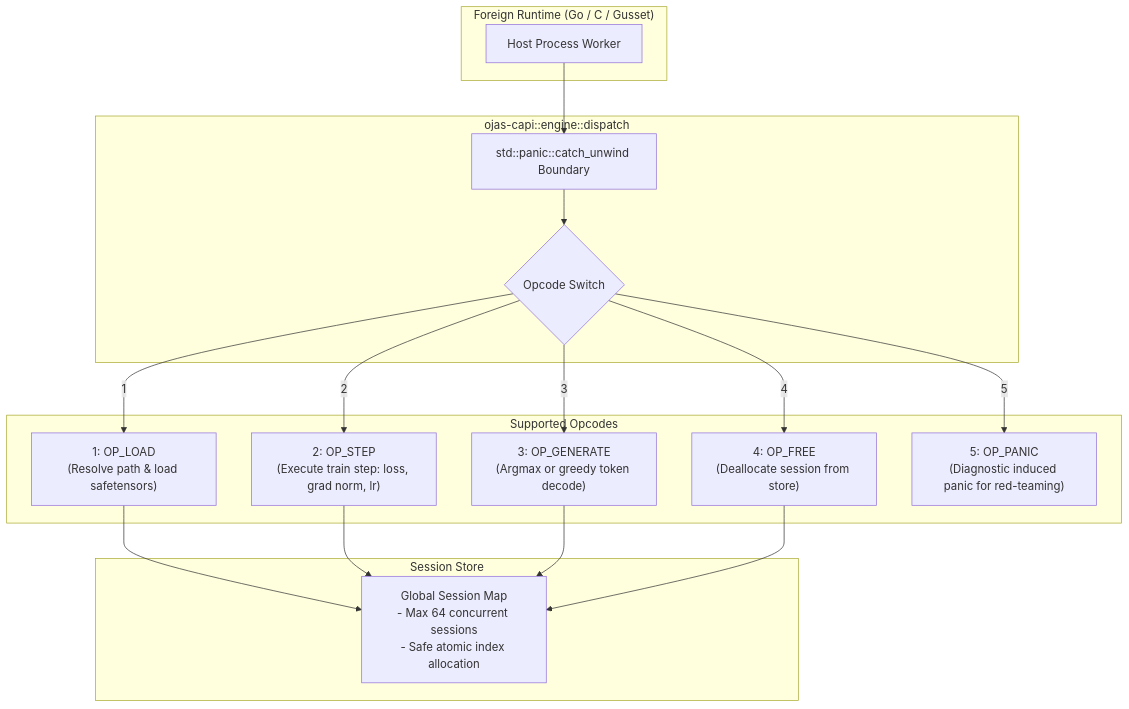
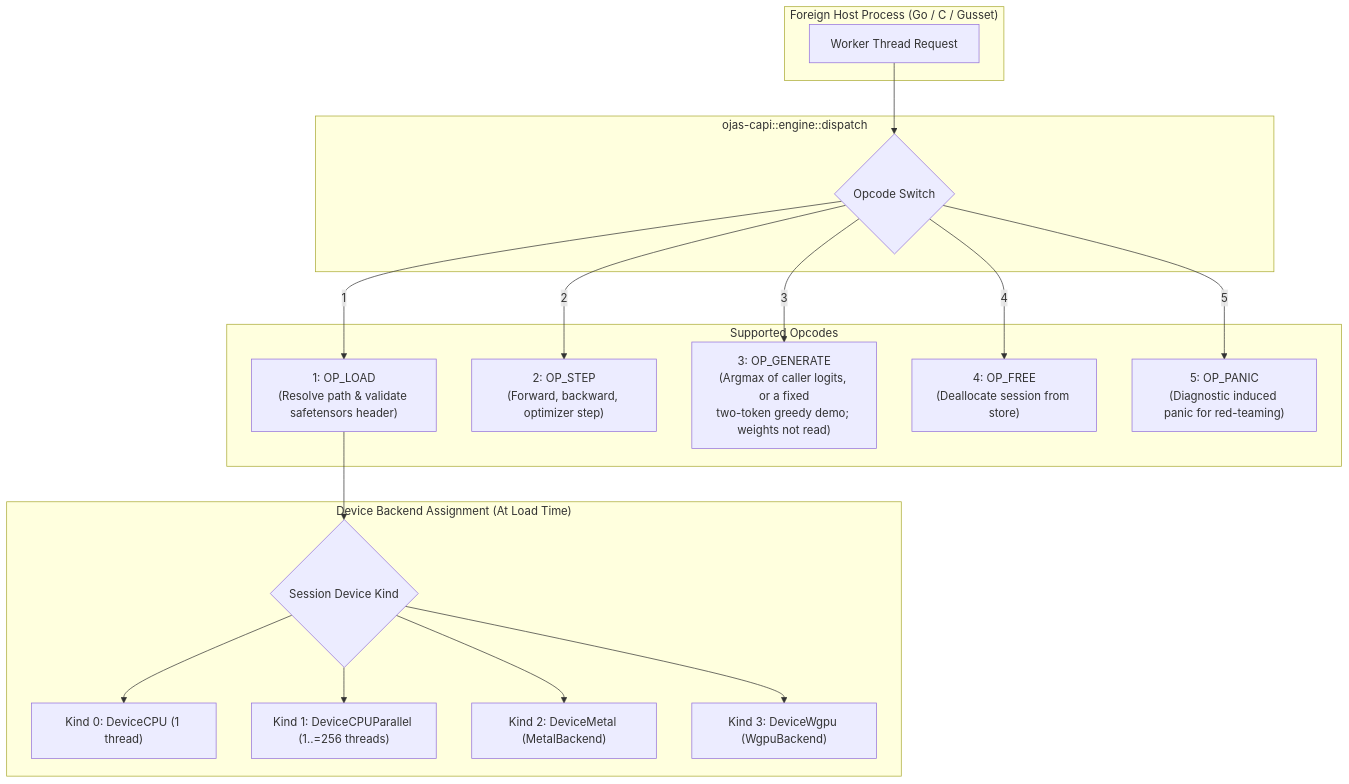
One commit to bharathvbcr/ojas changed the first of 2 diagrams in ojas-capi/README.md. Above: the diagram before and after it, drawn with Mermaid. The commit also changed other lines of this file and 341 other files, not shown here.

````diff
--- a/ojas-capi/README.md
+++ b/ojas-capi/README.md
@@ -9,36 +9,39 @@
 ```mermaid
 flowchart TD
-    subgraph HostCaller["Foreign Runtime (Go / C / Gusset)"]
-        Caller["Host Process Worker"]
+    subgraph Host["Foreign Host Process (Go / C / Gusset)"]
+        Caller["Worker Thread Request"]
     end
 
-    subgraph FFIEntryPoint["ojas-capi::engine::dispatch"]
-        CatchUnwind["std::panic::catch_unwind Boundary"]
+    subgraph FFI["ojas-capi::engine::dispatch"]
         OpcodeSwitch{"Opcode Switch"}
     end
 
-    subgraph Operations["Supported Opcodes"]
-        OP_LOAD["1: OP_LOAD\n(Resolve path & load safetensors)"]
-        OP_STEP["2: OP_STEP\n(Execute train step: loss, grad norm, lr)"]
-        OP_GENERATE["3: OP_GENERATE\n(Argmax or greedy token decode)"]
+    subgraph Opcodes["Supported Opcodes"]
+        OP_LOAD["1: OP_LOAD\n(Resolve path & validate safetensors header)"]
+        OP_STEP["2: OP_STEP\n(Forward, backward, optimizer step)"]
+        OP_GENERATE["3: OP_GENERATE\n(Argmax of caller logits, or a fixed\ntwo-token greedy demo; weights not read)"]
         OP_FREE["4: OP_FREE\n(Deallocate session from store)"]
         OP_PANIC["5: OP_PANIC\n(Diagnostic induced panic for red-teaming)"]
     end
 
-    subgraph SessionManager["Session Store"]
-        Store["Global Session Map\n- Max 64 concurrent sessions\n- Safe atomic index allocation"]
+    subgraph DeviceRouting["Device Backend Assignment (At Load Time)"]
+        DeviceKind{"Session Device Kind"}
+        CPU["Kind 0: DeviceCPU (1 thread)"]
+        CPUP["Kind 1: DeviceCPUParallel (1..=256 threads)"]
+        Metal["Kind 2: DeviceMetal (MetalBackend)"]
+        WGPU["Kind 3: DeviceWgpu (WgpuBackend)"]
     end
 
-    Caller --> CatchUnwind
-    CatchUnwind --> OpcodeSwitch
+    Caller --> OpcodeSwitch
     OpcodeSwitch -->|1| OP_LOAD
     OpcodeSwitch -->|2| OP_STEP
     OpcodeSwitch -->|3| OP_GENERATE
     OpcodeSwitch -->|4| OP_FREE
     OpcodeSwitch -->|5| OP_PANIC
-    
-    OP_LOAD --> Store
-    OP_STEP --> Store
-    OP_GENERATE --> Store
-    OP_FREE --> Store
+
+    OP_LOAD --> DeviceKind
+    DeviceKind --> CPU
+    DeviceKind --> CPUP
+    DeviceKind --> Metal
+    DeviceKind --> WGPU
 ```
````
